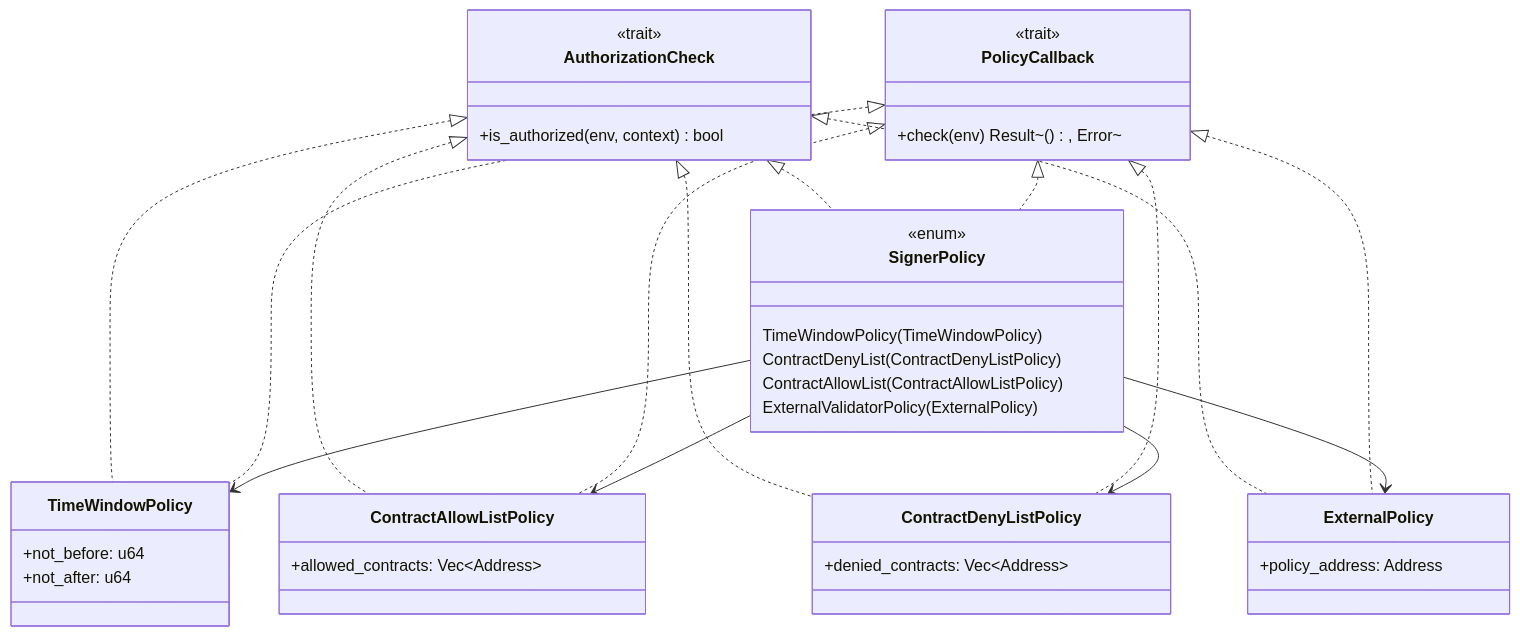
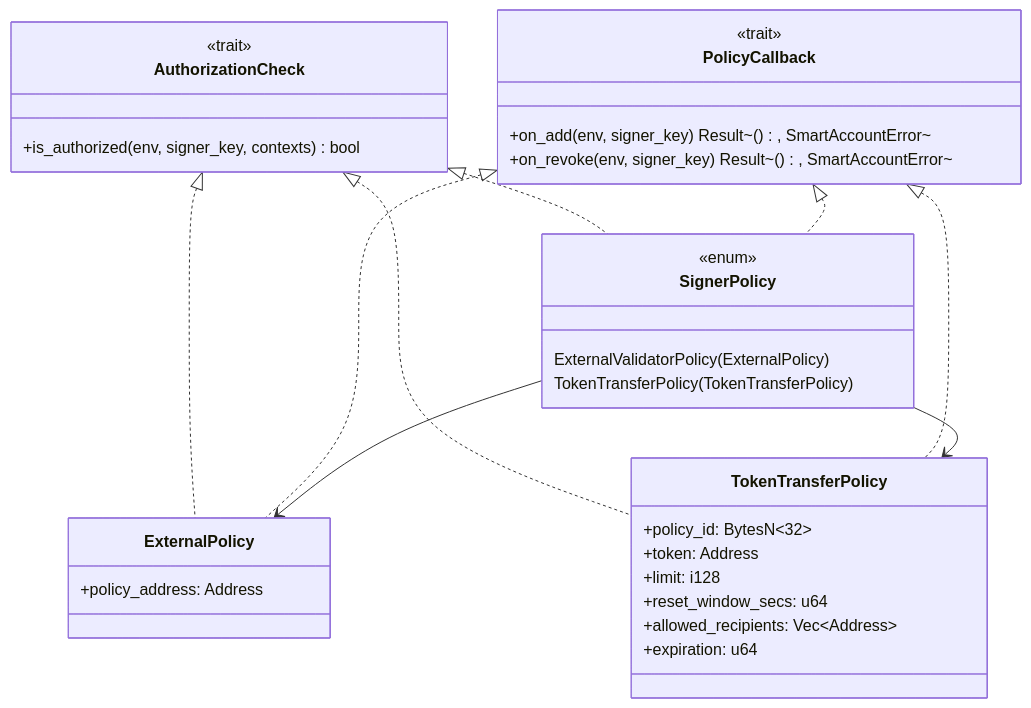
One commit to Crossmint/stellar-smart-account changed the third of 5 diagrams in contracts/smart-account/README.md. Above: the diagram before and after it, drawn with Mermaid. The commit also changed other lines of this file and 2 other files, not shown here.

````diff
--- a/contracts/smart-account/README.md
+++ b/contracts/smart-account/README.md
@@ -307,53 +329,42 @@
 ```mermaid
 classDiagram
     class AuthorizationCheck {
         <<trait>>
-        +is_authorized(env, context) bool
+        +is_authorized(env, signer_key, contexts) bool
     }
-    
+
     class PolicyCallback {
         <<trait>>
-        +check(env) Result~(), Error~
+        +on_add(env, signer_key) Result~(), SmartAccountError~
+        +on_revoke(env, signer_key) Result~(), SmartAccountError~
     }
-    
+
     class SignerPolicy {
         <<enum>>
-        TimeWindowPolicy(TimeWindowPolicy)
-        ContractDenyList(ContractDenyListPolicy)
-        ContractAllowList(ContractAllowListPolicy)
         ExternalValidatorPolicy(ExternalPolicy)
+        TokenTransferPolicy(TokenTransferPolicy)
     }
-    
-    class TimeWindowPolicy {
-        +not_before: u64
-        +not_after: u64
-    }
-    
-    class ContractAllowListPolicy {
-        +allowed_contracts: Vec~Address~
-    }
-    
-    class ContractDenyListPolicy {
-        +denied_contracts: Vec~Address~
-    }
-    
+
     class ExternalPolicy {
         +policy_address: Address
     }
-    
+
+    class TokenTransferPolicy {
+        +policy_id: BytesN~32~
+        +token: Address
+        +limit: i128
+        +reset_window_secs: u64
+        +allowed_recipients: Vec~Address~
+        +expiration: u64
+    }
+
     AuthorizationCheck <|.. SignerPolicy
     PolicyCallback <|.. SignerPolicy
-    AuthorizationCheck <|.. TimeWindowPolicy
-    AuthorizationCheck <|.. ContractAllowListPolicy
-    AuthorizationCheck <|.. ContractDenyListPolicy
     AuthorizationCheck <|.. ExternalPolicy
-    PolicyCallback <|.. TimeWindowPolicy
-    PolicyCallback <|.. ContractAllowListPolicy
-    PolicyCallback <|.. ContractDenyListPolicy
+    AuthorizationCheck <|.. TokenTransferPolicy
     PolicyCallback <|.. ExternalPolicy
-    
-    SignerPolicy --> TimeWindowPolicy
-    SignerPolicy --> ContractAllowListPolicy
-    SignerPolicy --> ContractDenyListPolicy
+    PolicyCallback <|.. TokenTransferPolicy
+
     SignerPolicy --> ExternalPolicy
+    SignerPolicy --> TokenTransferPolicy
 ```
````
